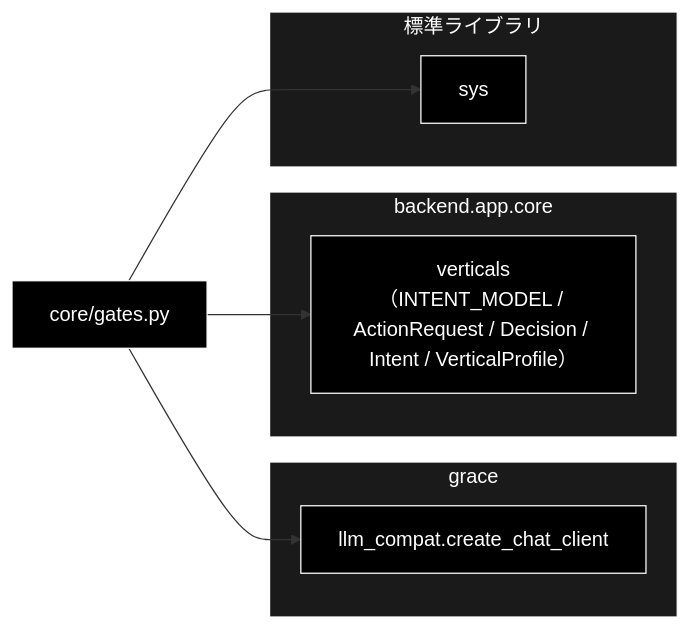
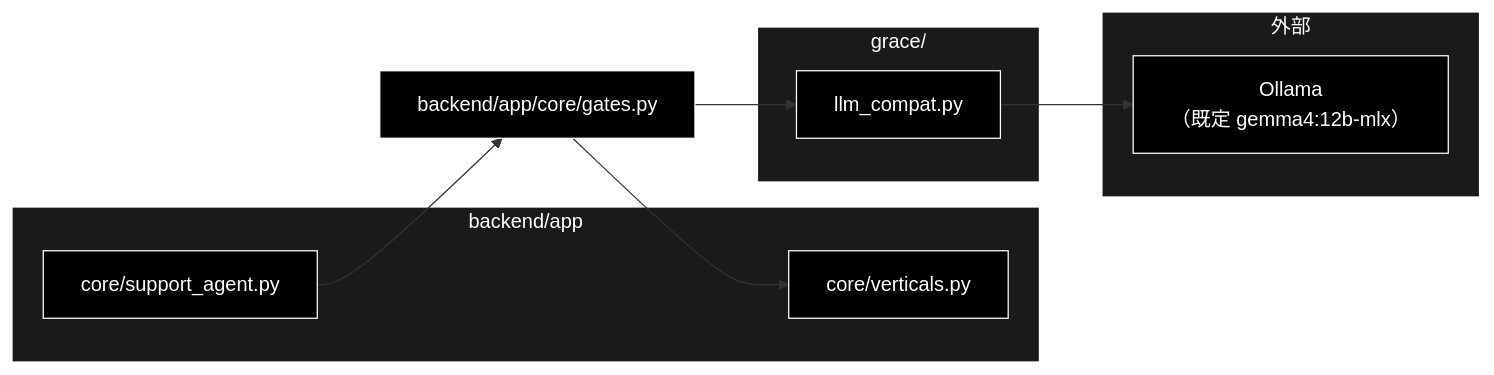
One commit to nakashima2toshio/grace_v2_local changed the fourth of 4 diagrams in backend/docs/core_gates.md. Above: the diagram before and after it, drawn with Mermaid. The commit also changed other lines of this file and 2 other files, not shown here.

First line of the commit message:
docs(grace/backend): planner・confidence・gates を実装に追いつかせる

````diff
--- a/backend/docs/core_gates.md
+++ b/backend/docs/core_gates.md
@@ -834,26 +1485,28 @@
 ```mermaid
 flowchart LR
-    GATES["core/gates.py"]
+    GATES["backend/app/core/gates.py"]
 
-    subgraph GRACEPKG["grace"]
-        CHAT["llm_compat.create_chat_client"]
+    subgraph BACKEND["backend/app"]
+        SA["core/support_agent.py"]
+        VERT["core/verticals.py"]
     end
 
-    subgraph INTERNAL["backend.app.core"]
-        VERT["verticals（INTENT_MODEL / ActionRequest / Decision / Intent / VerticalProfile）"]
+    subgraph GRACE["grace/"]
+        LC["llm_compat.py"]
     end
 
-    subgraph STD["標準ライブラリ"]
-        SYS["sys"]
+    subgraph EXT["外部"]
+        OLLAMA["Ollama<br>（既定 gemma4:12b-mlx）"]
     end
 
-    GATES --> CHAT
+    SA --> GATES
     GATES --> VERT
-    GATES --> SYS
+    GATES --> LC
+    LC --> OLLAMA
 classDef default fill:#000,stroke:#fff,color:#fff
 classDef subgraphStyle fill:#1a1a1a,stroke:#fff,color:#fff
-class GATES,CHAT,VERT,SYS default
-style GRACEPKG fill:#1a1a1a,stroke:#fff,color:#fff
-style INTERNAL fill:#1a1a1a,stroke:#fff,color:#fff
-style STD fill:#1a1a1a,stroke:#fff,color:#fff
+class GATES,SA,VERT,LC,OLLAMA default
+style BACKEND fill:#1a1a1a,stroke:#fff,color:#fff
+style GRACE fill:#1a1a1a,stroke:#fff,color:#fff
+style EXT fill:#1a1a1a,stroke:#fff,color:#fff
 ```
````
